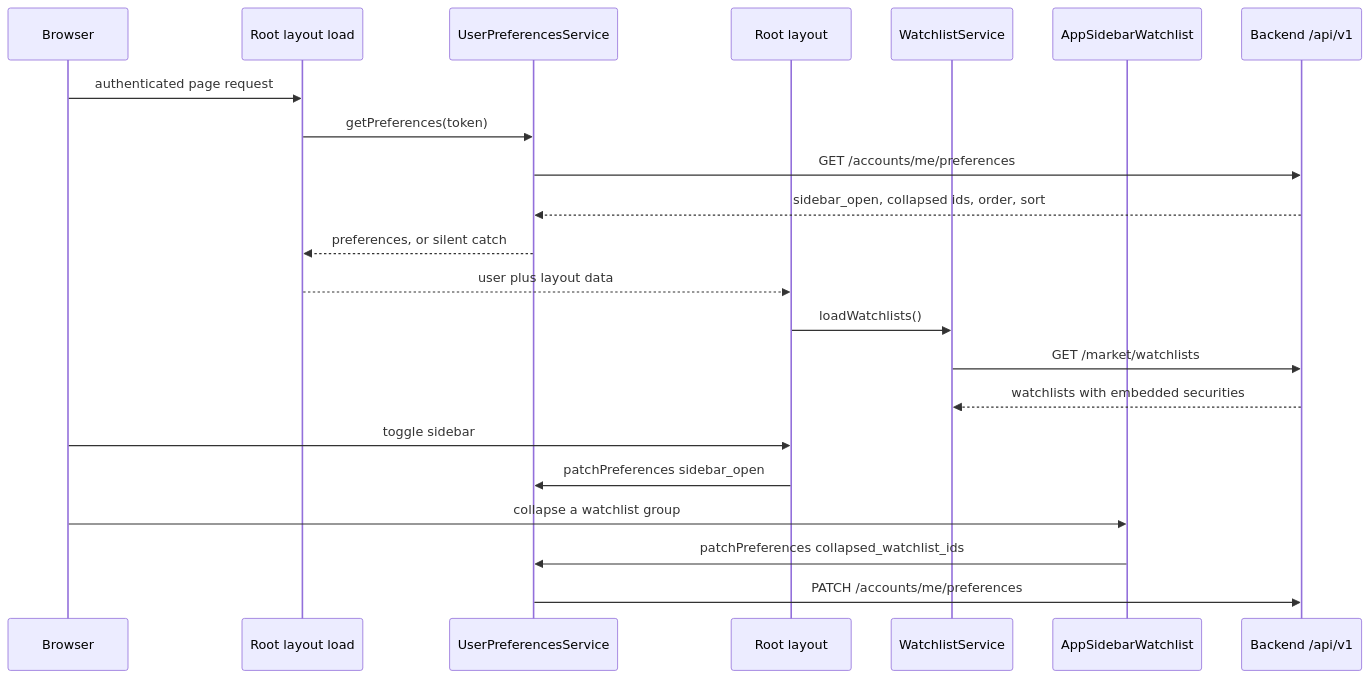
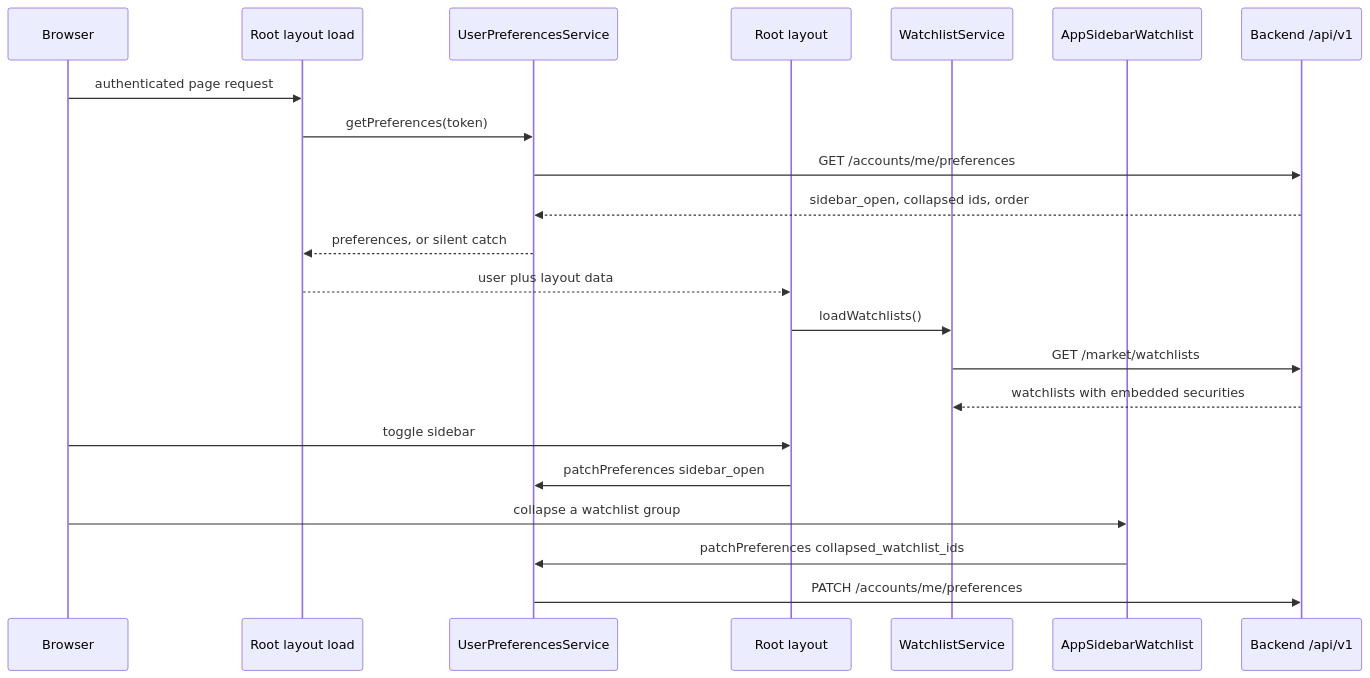
Before and after one commit to havekes/retail-portfolio: the second of 3 diagrams in openwiki/architecture/frontend.md, drawn with Mermaid. The commit also changed other lines of this file and 28 other files, not shown here.

````diff
--- a/openwiki/architecture/frontend.md
+++ b/openwiki/architecture/frontend.md
@@ -228,25 +259,25 @@
 ```mermaid
 sequenceDiagram
     participant Browser
     participant Load as Root layout load
     participant Prefs as UserPreferencesService
     participant Layout as Root layout
     participant WL as WatchlistService
     participant Sidebar as AppSidebarWatchlist
     participant API as Backend /api/v1
 
     Browser->>Load: authenticated page request
     Load->>Prefs: getPreferences(token)
     Prefs->>API: GET /accounts/me/preferences
-    API-->>Prefs: sidebar_open, collapsed ids, order, sort
+    API-->>Prefs: sidebar_open, collapsed ids, order
     Prefs-->>Load: preferences, or silent catch
     Load-->>Layout: user plus layout data
     Layout->>WL: loadWatchlists()
     WL->>API: GET /market/watchlists
     API-->>WL: watchlists with embedded securities
     Browser->>Layout: toggle sidebar
     Layout->>Prefs: patchPreferences sidebar_open
     Browser->>Sidebar: collapse a watchlist group
     Sidebar->>Prefs: patchPreferences collapsed_watchlist_ids
     Prefs->>API: PATCH /accounts/me/preferences
 ```
````
